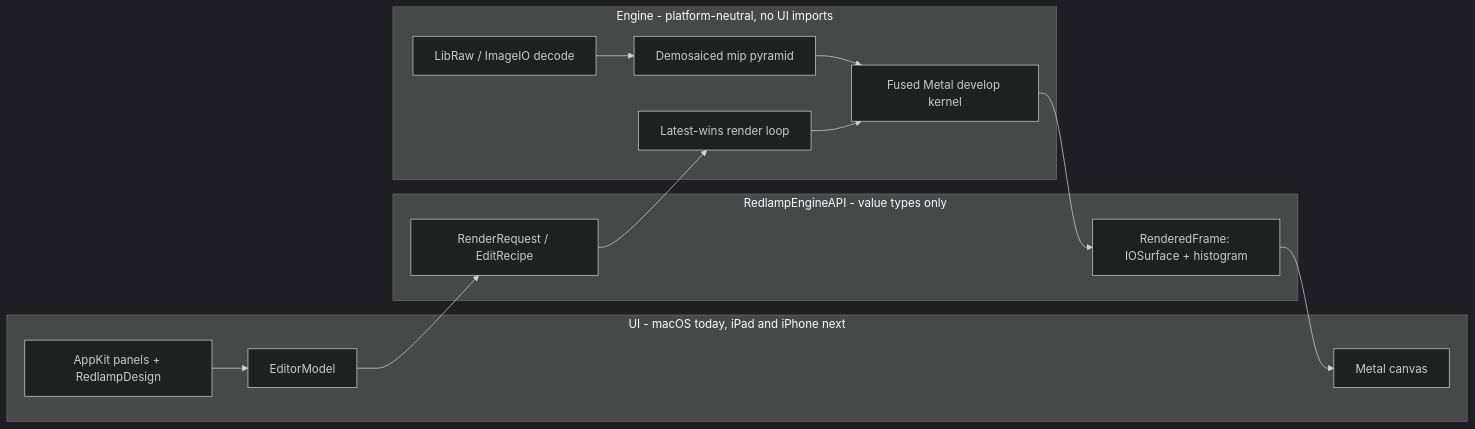
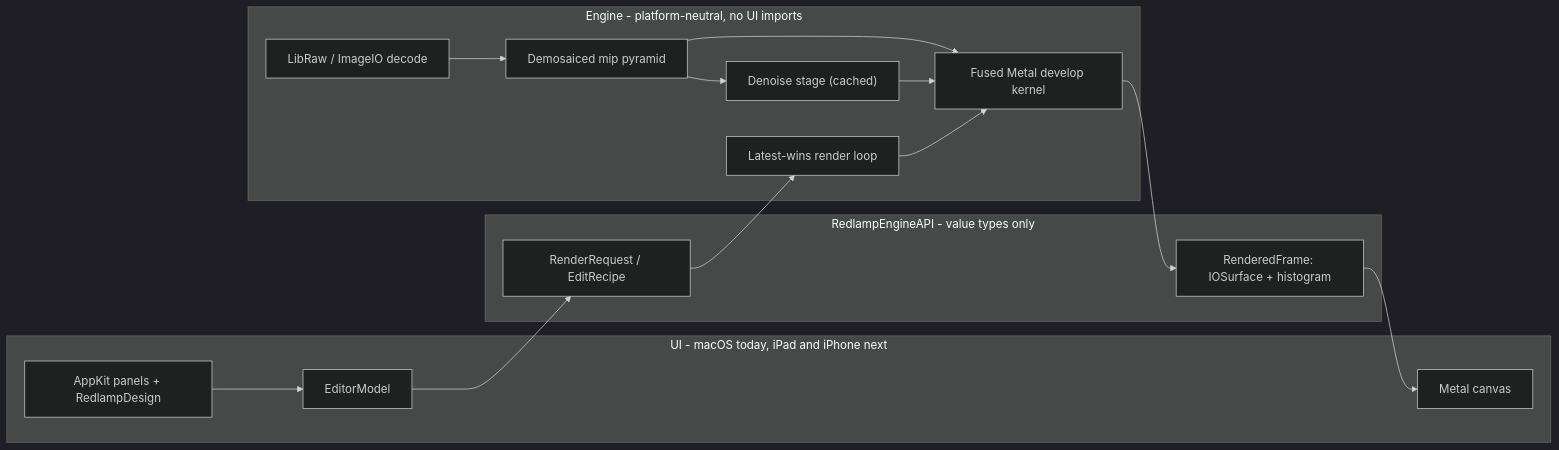
The diagram in README.md (pdcgomes/redlamp), drawn with Mermaid (dark theme) before and after one commit. The commit also changed other lines of this file and 17 other files, not shown here.

````diff
--- a/README.md
+++ b/README.md
@@ -326,18 +329,19 @@
 ```mermaid
 flowchart LR
     subgraph ui [UI - macOS today, iPad and iPhone next]
         Views["AppKit panels + RedlampDesign"] --> Model["EditorModel"]
         Canvas["Metal canvas"]
     end
     subgraph api [RedlampEngineAPI - value types only]
         Req["RenderRequest / EditRecipe"]
         Frame["RenderedFrame: IOSurface + histogram"]
     end
     subgraph engine [Engine - platform-neutral, no UI imports]
         Sched["Latest-wins render loop"] --> Kernels["Fused Metal develop kernel"]
         Pyramid["Demosaiced mip pyramid"] --> Kernels
+        Pyramid --> Denoise["Denoise stage (cached)"] --> Kernels
         Decode["LibRaw / ImageIO decode"] --> Pyramid
     end
     Model --> Req --> Sched
     Kernels --> Frame --> Canvas
 ```
````
